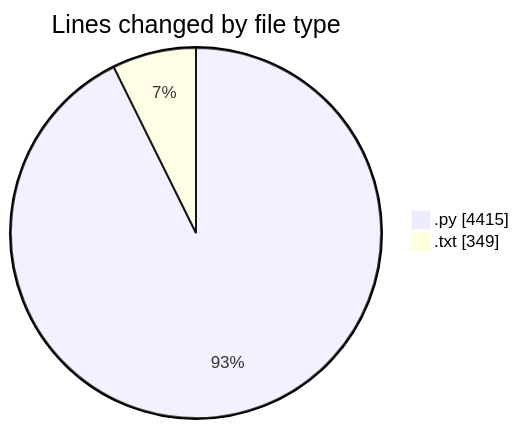
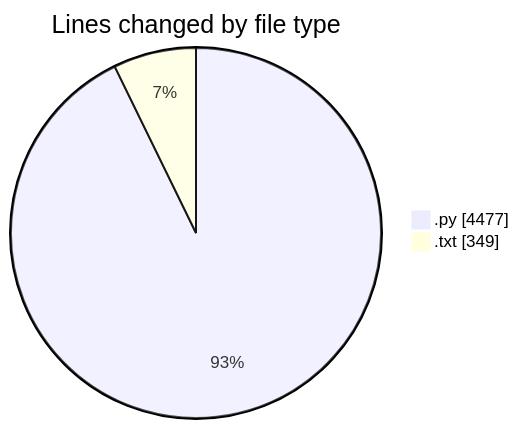
Before and after one commit to Ritupan-Deka/code-tracking: the first of 2 diagrams in 2025-05-26/zip_file/README.md, drawn with Mermaid. The commit also changed other lines of this file and 1 other file, not shown here.

````diff
--- a/2025-05-26/zip_file/README.md
+++ b/2025-05-26/zip_file/README.md
@@ -35,6 +35,6 @@
 ```mermaid
 pie showData
 title Lines changed by file type
-".py" : 4415
+".py" : 4477
 ".txt" : 349
 ```
````
